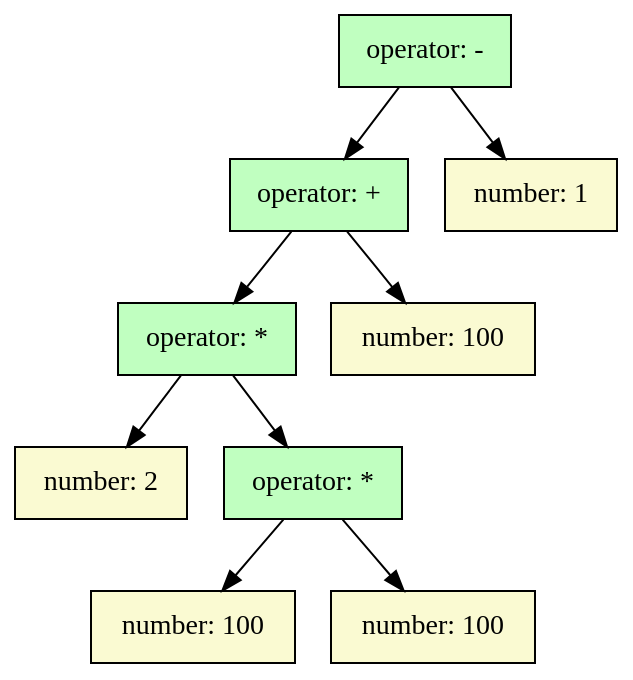
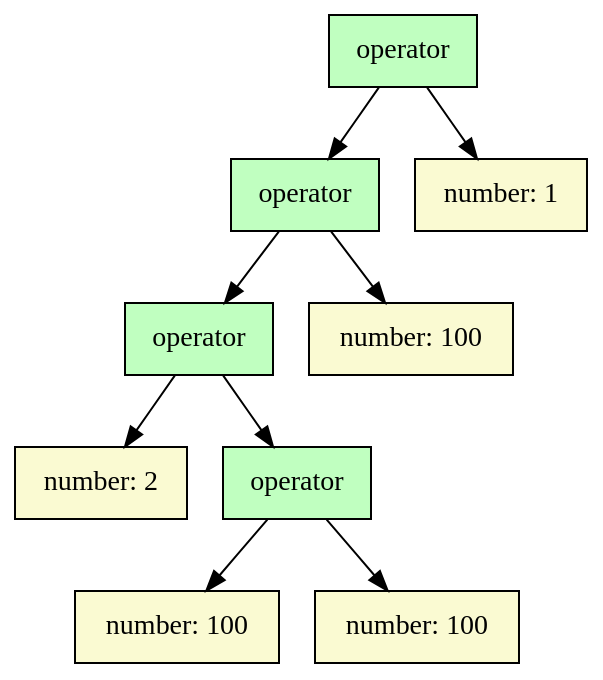
The second of 2 diagrams in docs/arithmetic.md (monogram-project/monogram-go), drawn with Graphviz before and after one commit. The commit also changed other lines of this file and 7 other files, not shown here.

````diff
--- a/docs/arithmetic.md
+++ b/docs/arithmetic.md
@@ -173,23 +181,23 @@
 ```dot
 digraph G {
   bgcolor="transparent";
   node [shape="box", style="filled", fontname="Ubuntu Mono"];
-  "138245232413248" [label="operator: -", shape="box", fillcolor="#C0FFC0"];
-  "138245232413328" [label="operator: +", shape="box", fillcolor="#C0FFC0"];
-  "138245232413248" -> "138245232413328";
-  "138245232413408" [label="operator: *", shape="box", fillcolor="#C0FFC0"];
-  "138245232413328" -> "138245232413408";
-  "138245232413488" [label="number: 2", shape="box", fillcolor="lightgoldenrodyellow"];
-  "138245232413408" -> "138245232413488";
-  "138245232413568" [label="operator: *", shape="box", fillcolor="#C0FFC0"];
-  "138245232413408" -> "138245232413568";
-  "138245232413648" [label="number: 100", shape="box", fillcolor="lightgoldenrodyellow"];
-  "138245232413568" -> "138245232413648";
-  "138245232413728" [label="number: 100", shape="box", fillcolor="lightgoldenrodyellow"];
-  "138245232413568" -> "138245232413728";
-  "138245232413808" [label="number: 100", shape="box", fillcolor="lightgoldenrodyellow"];
-  "138245232413328" -> "138245232413808";
-  "138245232413888" [label="number: 1", shape="box", fillcolor="lightgoldenrodyellow"];
-  "138245232413248" -> "138245232413888";
+  "133579031022144" [label="operator", shape="box", fillcolor="#C0FFC0"];
+  "133579031022224" [label="operator", shape="box", fillcolor="#C0FFC0"];
+  "133579031022144" -> "133579031022224";
+  "133579031022304" [label="operator", shape="box", fillcolor="#C0FFC0"];
+  "133579031022224" -> "133579031022304";
+  "133579031022384" [label="number: 2", shape="box", fillcolor="lightgoldenrodyellow"];
+  "133579031022304" -> "133579031022384";
+  "133579031022464" [label="operator", shape="box", fillcolor="#C0FFC0"];
+  "133579031022304" -> "133579031022464";
+  "133579031022544" [label="number: 100", shape="box", fillcolor="lightgoldenrodyellow"];
+  "133579031022464" -> "133579031022544";
+  "133579031022624" [label="number: 100", shape="box", fillcolor="lightgoldenrodyellow"];
+  "133579031022464" -> "133579031022624";
+  "133579031022704" [label="number: 100", shape="box", fillcolor="lightgoldenrodyellow"];
+  "133579031022224" -> "133579031022704";
+  "133579031022784" [label="number: 1", shape="box", fillcolor="lightgoldenrodyellow"];
+  "133579031022144" -> "133579031022784";
 }
 ```
````
